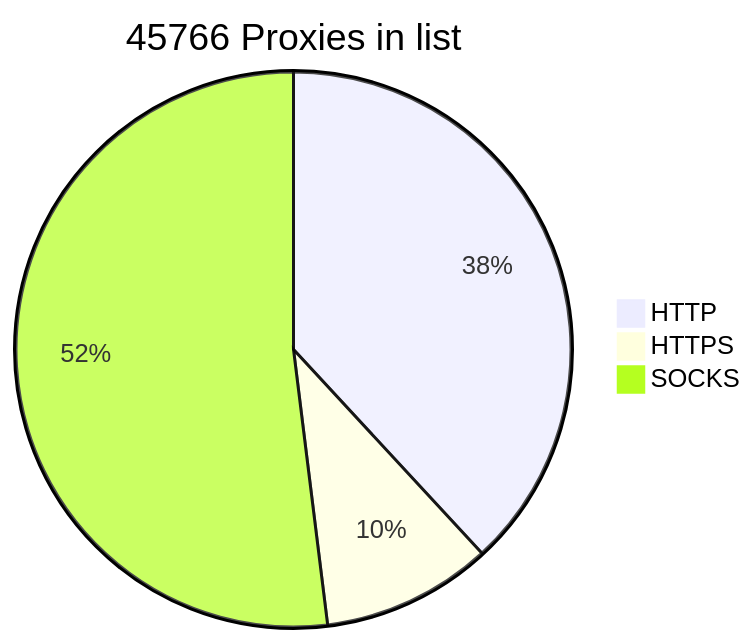
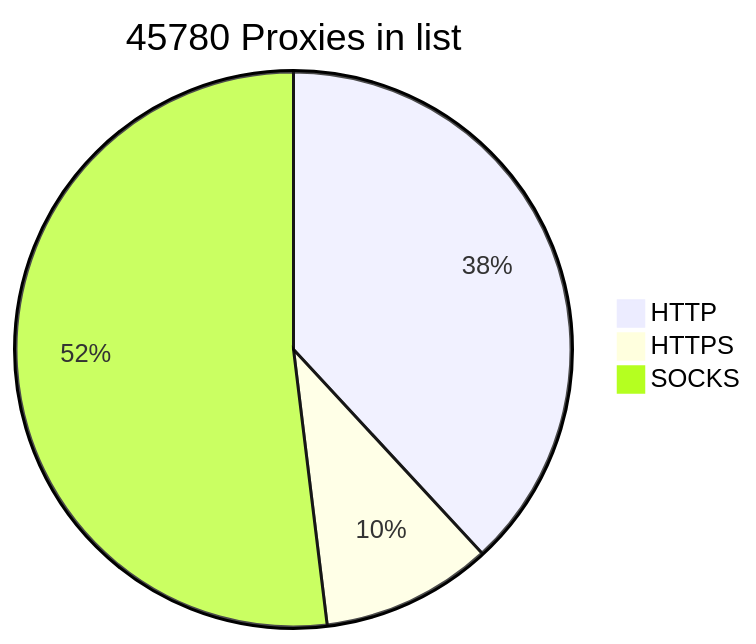
The diagram in README.md (BlackSnowDot/proxylist-update-every-minute), drawn with Mermaid before and after one commit.

````diff
--- a/README.md
+++ b/README.md
@@ -2,6 +2,6 @@
 ```mermaid
-pie title 45766 Proxies in list
-    "HTTP" : 19059
-    "HTTPS": 4958
-    "SOCKS" : 25981
+pie title 45780 Proxies in list
+    "HTTP" : 19067
+    "HTTPS": 4977
+    "SOCKS" : 25982
 ```
````
